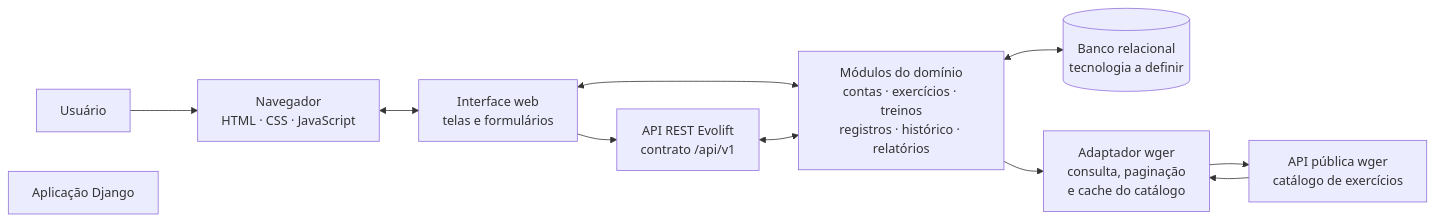
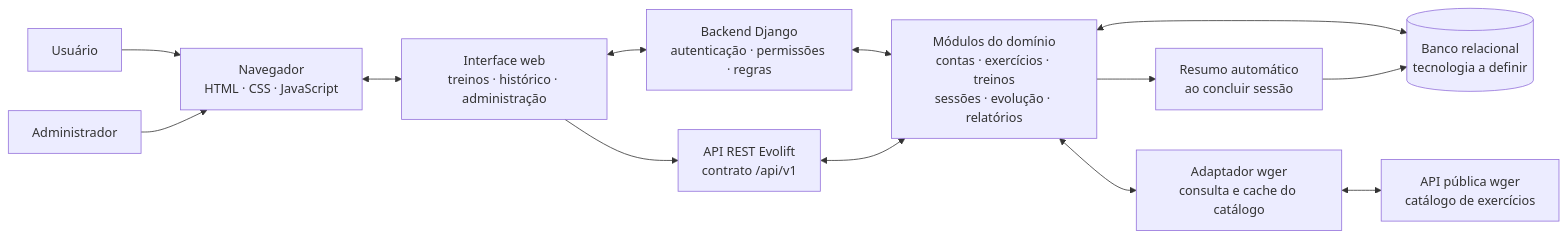
The diagram in docs/arquitetura/diagrama-arquitetura.mmd (dcastroz/evolift), drawn with Mermaid before and after one commit. The commit also changed 8 other files, not shown here.

```diff
--- a/docs/arquitetura/diagrama-arquitetura.mmd
+++ b/docs/arquitetura/diagrama-arquitetura.mmd
@@ -1,20 +1,29 @@
+
 flowchart LR
-    pessoa[Usuário]
-    browser[Navegador<br/>HTML · CSS · JavaScript]
-    django[Aplicação Django]
-    ui[Interface web<br/>telas e formulários]
-    modules[Módulos do domínio<br/>contas · exercícios · treinos<br/>registros · histórico · relatórios]
+    usuario[Usuário]
+    administrador[Administrador]
+
+    navegador[Navegador<br/>HTML · CSS · JavaScript]
+    interface[Interface web<br/>treinos · histórico · administração]
+    django[Backend Django<br/>autenticação · permissões · regras]
+
+    modulos[Módulos do domínio<br/>contas · exercícios · treinos<br/>sessões · evolução · relatórios]
     rest[API REST Evolift<br/>contrato /api/v1]
-    db[(Banco relacional<br/>tecnologia a definir)]
-    adapter[Adaptador wger<br/>consulta, paginação<br/>e cache do catálogo]
+    resumo[Resumo automático<br/>ao concluir sessão]
+
+    banco[(Banco relacional<br/>tecnologia a definir)]
+    adaptador[Adaptador wger<br/>consulta e cache do catálogo]
     wger[API pública wger<br/>catálogo de exercícios]
 
-    pessoa --> browser
-    browser <--> ui
-    ui --> rest
-    ui <--> modules
-    rest <--> modules
-    modules <--> db
-    modules --> adapter
-    adapter --> wger
-    wger --> adapter
+    usuario --> navegador
+    administrador --> navegador
+    navegador <--> interface
+    interface <--> django
+    interface --> rest
+    django <--> modulos
+    rest <--> modulos
+    modulos <--> banco
+    modulos --> resumo
+    resumo --> banco
+    modulos <--> adaptador
+    adaptador <--> wger
```
